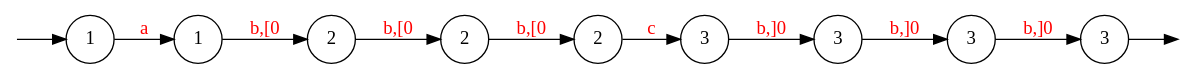
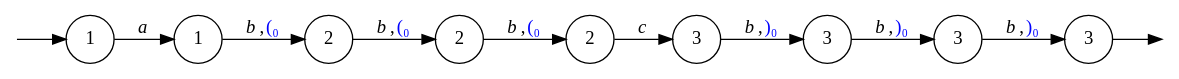
One commit to 0Marble/lgraphs changed the diagram in text/graphs/graph1_path5.dot. Above: the diagram before and after it, drawn with Graphviz. The commit also changed 36 other files, not shown here.

```diff
--- a/text/graphs/graph1_path5.dot
+++ b/text/graphs/graph1_path5.dot
@@ -1,27 +1,26 @@
 digraph {
 	node [shape=circle];
 	Q0 [style=invisible, height=0, width=0, fixedsize=true];
 	Q1 [style=invisible, height=0, width=0, fixedsize=true];
 	graph [rankdir="LR"];
 	1 [label=1];
 	0 [label=1];
 	2 [label=2];
 	7 [label=3];
 	8 [label=3];
 	5 [label=3];
 	6 [label=3];
 	4 [label=2];
 	3 [label=2];
-
+	
 	Q0 -> 0;
-
 	8 -> Q1;
-	0 -> 1  [label="a", fontcolor=red];
-	4 -> 5  [label="c", fontcolor=red];
-	1 -> 2  [label="b,[0", fontcolor=red];
-	2 -> 3  [label="b,[0", fontcolor=red];
-	3 -> 4  [label="b,[0", fontcolor=red];
-	5 -> 6  [label="b,]0", fontcolor=red];
-	6 -> 7  [label="b,]0", fontcolor=red];
-	7 -> 8  [label="b,]0", fontcolor=red];
+	0 -> 1  [label=<<i>a</i>> ];
+	4 -> 5  [label=<<i>c</i>> ];
+	1 -> 2  [label=<<i>b</i>,<FONT COLOR="blue">(₀</FONT>> ];
+	2 -> 3  [label=<<i>b</i>,<FONT COLOR="blue">(₀</FONT>> ];
+	3 -> 4  [label=<<i>b</i>,<FONT COLOR="blue">(₀</FONT>> ];
+	5 -> 6  [label=<<i>b</i>,<FONT COLOR="blue">)₀</FONT>> ];
+	6 -> 7  [label=<<i>b</i>,<FONT COLOR="blue">)₀</FONT>> ];
+	7 -> 8  [label=<<i>b</i>,<FONT COLOR="blue">)₀</FONT>> ];
 }
```
